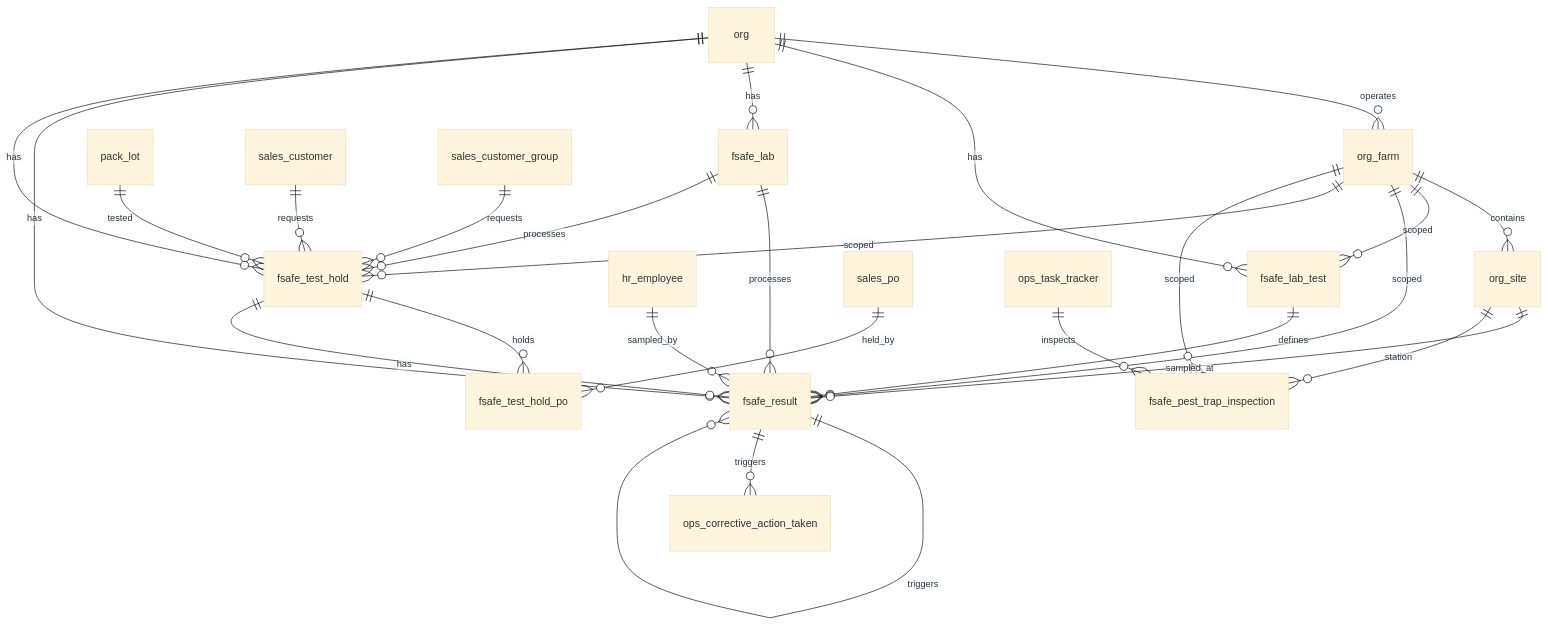
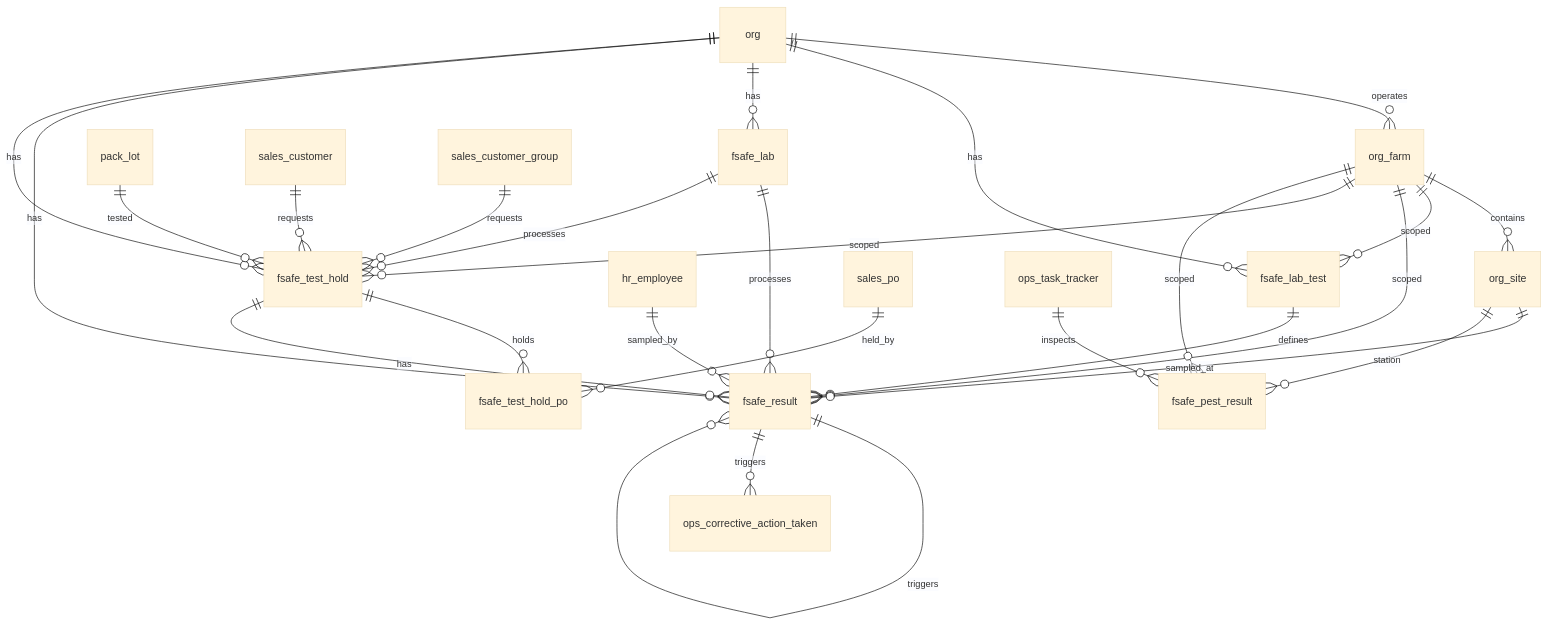
Before and after one commit to Hawaii-Farming/aloha-app: the diagram in docs/schemas/20260327_10_fsafe.md, drawn with Mermaid (base theme). The commit also changed other lines of this file and 16 other files, not shown here.

First line of the commit message:
Rename observation/reading/inspection tables to result pattern

````diff
--- a/docs/schemas/20260327_10_fsafe.md
+++ b/docs/schemas/20260327_10_fsafe.md
@@ -9,28 +9,28 @@
 ```mermaid
 erDiagram
     org ||--o{ org_farm : operates
     org_farm ||--o{ org_site : contains
     org ||--o{ fsafe_lab_test : has
     org_farm ||--o{ fsafe_lab_test : scoped
     org ||--o{ fsafe_lab : has
     fsafe_lab_test ||--o{ fsafe_result : defines
     fsafe_lab ||--o{ fsafe_result : processes
     org ||--o{ fsafe_result : has
     org_farm ||--o{ fsafe_result : scoped
     org_site ||--o{ fsafe_result : sampled_at
     hr_employee ||--o{ fsafe_result : sampled_by
     fsafe_result ||--o{ fsafe_result : triggers
     fsafe_result ||--o{ ops_corrective_action_taken : triggers
     org ||--o{ fsafe_test_hold : has
     org_farm ||--o{ fsafe_test_hold : scoped
     pack_lot ||--o{ fsafe_test_hold : tested
     sales_customer ||--o{ fsafe_test_hold : requests
     sales_customer_group ||--o{ fsafe_test_hold : requests
     fsafe_lab ||--o{ fsafe_test_hold : processes
     fsafe_test_hold ||--o{ fsafe_test_hold_po : holds
     sales_po ||--o{ fsafe_test_hold_po : held_by
     fsafe_test_hold ||--o{ fsafe_result : has
-    ops_task_tracker ||--o{ fsafe_pest_trap_inspection : inspects
-    org_site ||--o{ fsafe_pest_trap_inspection : station
-    org_farm ||--o{ fsafe_pest_trap_inspection : scoped
+    ops_task_tracker ||--o{ fsafe_pest_result : inspects
+    org_site ||--o{ fsafe_pest_result : station
+    org_farm ||--o{ fsafe_pest_result : scoped
 ```
````
